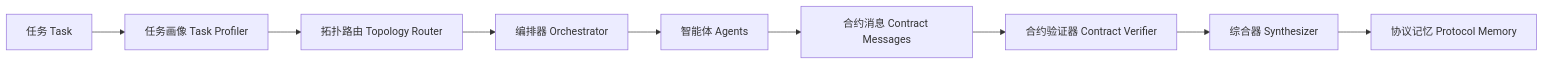
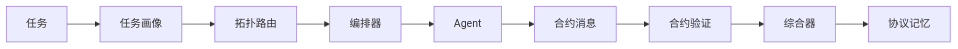
The diagram in README_cn.md (CoGalaxy/multi_agent), drawn with Mermaid before and after one commit. The commit also changed other lines of this file, not shown here.

````diff
--- a/README_cn.md
+++ b/README_cn.md
@@ -36,11 +47,11 @@
 ```mermaid
 flowchart LR
-    U[任务 Task] --> P[任务画像 Task Profiler]
-    P --> R[拓扑路由 Topology Router]
-    R --> O[编排器 Orchestrator]
-    O --> A[智能体 Agents]
-    A --> C[合约消息 Contract Messages]
-    C --> V[合约验证器 Contract Verifier]
-    V --> S[综合器 Synthesizer]
-    S --> M[协议记忆 Protocol Memory]
+    U[任务] --> P[任务画像]
+    P --> R[拓扑路由]
+    R --> O[编排器]
+    O --> A[Agent]
+    A --> C[合约消息]
+    C --> V[合约验证]
+    V --> S[综合器]
+    S --> M[协议记忆]
 ```
````
